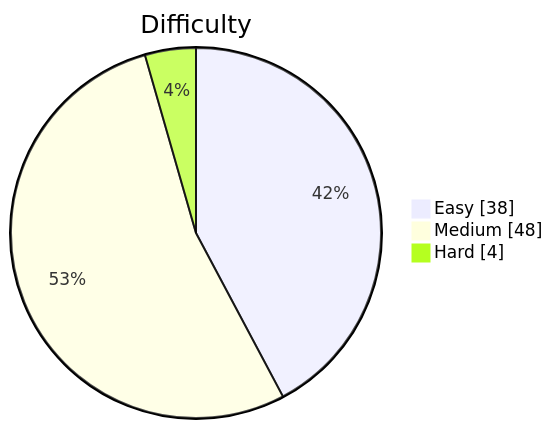
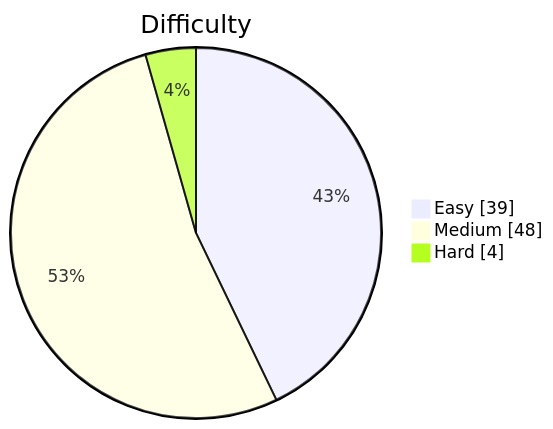
Before and after one commit to kevstevie/python-algo-practice: the diagram in README.md, drawn with Mermaid. The commit also changed other lines of this file, not shown here.

````diff
--- a/README.md
+++ b/README.md
@@ -13,7 +13,7 @@
 ```mermaid
 pie showData
     title Difficulty
-    "Easy"   : 38
+    "Easy"   : 39
     "Medium" : 48
     "Hard"   : 4
 ```
````
